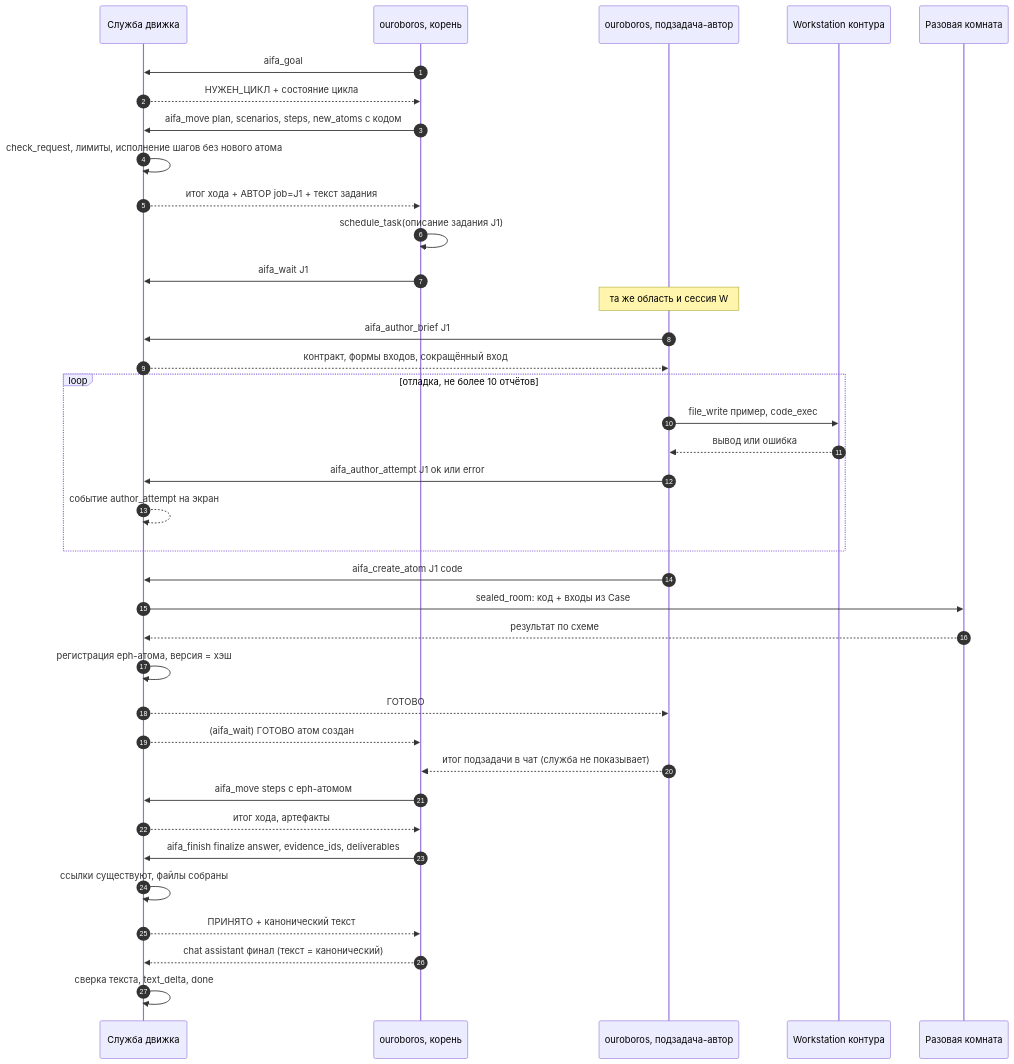
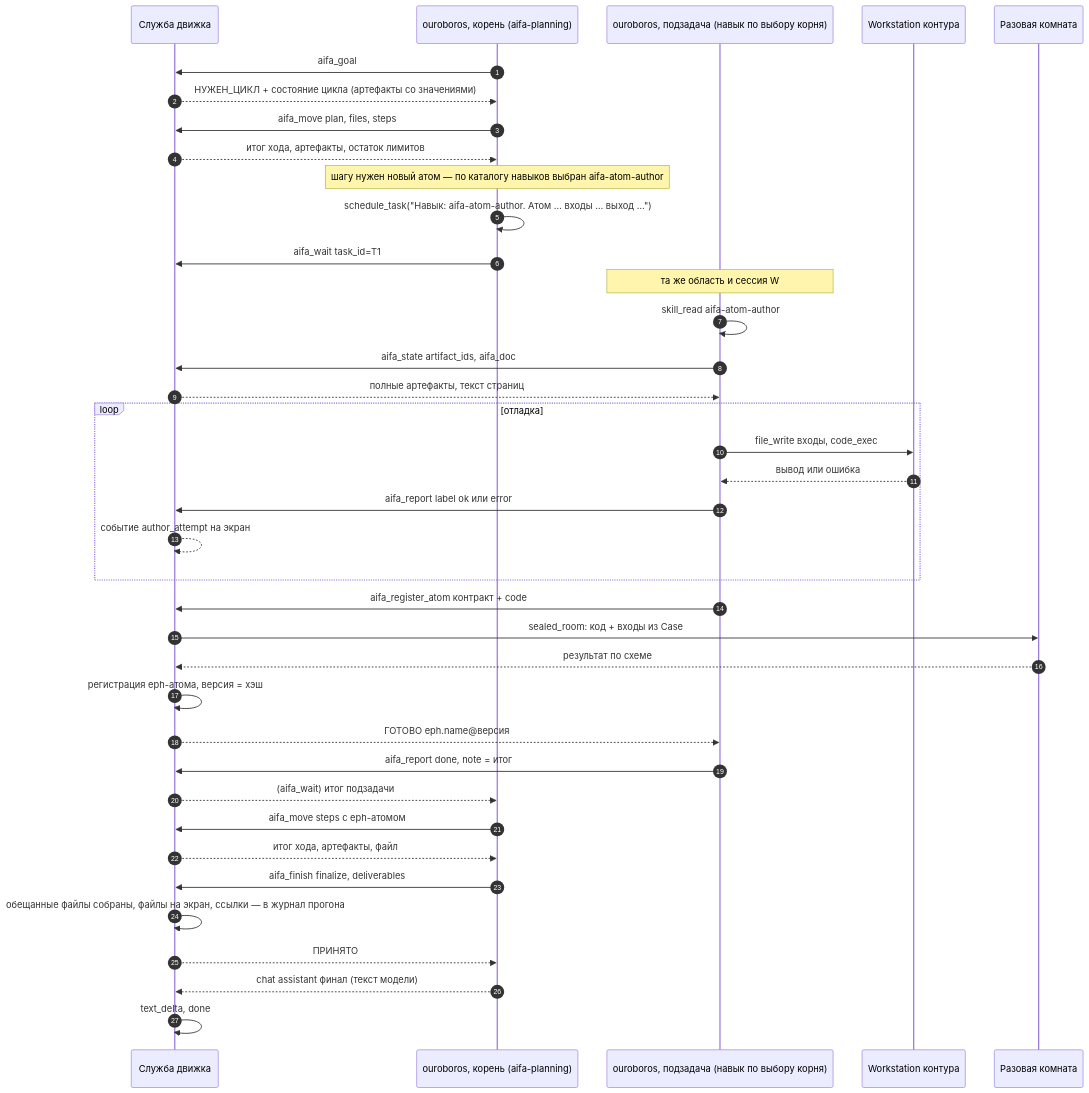
One commit to Rasiksss/ouroboros_external changed the sixth of 6 diagrams in aifa-symbiosis/architecture/ARCHITECTURE.md. Above: the diagram before and after it, drawn with Mermaid. The commit also changed other lines of this file and 33 other files, not shown here.

````diff
--- a/aifa-symbiosis/architecture/ARCHITECTURE.md
+++ b/aifa-symbiosis/architecture/ARCHITECTURE.md
@@ -294,39 +300,40 @@
 ```mermaid
 sequenceDiagram
   autonumber
   participant E as Служба движка
-  participant O as ouroboros, корень
-  participant A as ouroboros, подзадача-автор
+  participant O as ouroboros, корень (aifa-planning)
+  participant A as ouroboros, подзадача (навык по выбору корня)
   participant W as Workstation контура
   participant R as Разовая комната
   O->>E: aifa_goal
-  E-->>O: НУЖЕН_ЦИКЛ + состояние цикла
-  O->>E: aifa_move plan, scenarios, steps, new_atoms с кодом
-  E->>E: check_request, лимиты, исполнение шагов без нового атома
-  E-->>O: итог хода + АВТОР job=J1 + текст задания
-  O->>O: schedule_task(описание задания J1)
-  O->>E: aifa_wait J1
+  E-->>O: НУЖЕН_ЦИКЛ + состояние цикла (артефакты со значениями)
+  O->>E: aifa_move plan, files, steps
+  E-->>O: итог хода, артефакты, остаток лимитов
+  Note over O: шагу нужен новый атом — по каталогу навыков выбран aifa-atom-author
+  O->>O: schedule_task("Навык: aifa-atom-author. Атом … входы … выход …")
+  O->>E: aifa_wait task_id=T1
   Note over A: та же область и сессия W
-  A->>E: aifa_author_brief J1
-  E-->>A: контракт, формы входов, сокращённый вход
-  loop отладка, не более 10 отчётов
-    A->>W: file_write пример, code_exec
+  A->>A: skill_read aifa-atom-author
+  A->>E: aifa_state artifact_ids, aifa_doc
+  E-->>A: полные артефакты, текст страниц
+  loop отладка
+    A->>W: file_write входы, code_exec
     W-->>A: вывод или ошибка
-    A->>E: aifa_author_attempt J1 ok или error
+    A->>E: aifa_report label ok или error
     E-->>E: событие author_attempt на экран
   end
-  A->>E: aifa_create_atom J1 code
+  A->>E: aifa_register_atom контракт + code
   E->>R: sealed_room: код + входы из Case
   R-->>E: результат по схеме
   E->>E: регистрация eph-атома, версия = хэш
-  E-->>A: ГОТОВО
-  E-->>O: (aifa_wait) ГОТОВО атом создан
-  A-->>O: итог подзадачи в чат (служба не показывает)
+  E-->>A: ГОТОВО eph.name@версия
+  A->>E: aifa_report done, note = итог
+  E-->>O: (aifa_wait) итог подзадачи
   O->>E: aifa_move steps с eph-атомом
-  E-->>O: итог хода, артефакты
-  O->>E: aifa_finish finalize answer, evidence_ids, deliverables
-  E->>E: ссылки существуют, файлы собраны
-  E-->>O: ПРИНЯТО + канонический текст
-  O-->>E: chat assistant финал (текст = канонический)
-  E->>E: сверка текста, text_delta, done
+  E-->>O: итог хода, артефакты, файл
+  O->>E: aifa_finish finalize, deliverables
+  E->>E: обещанные файлы собраны, файлы на экран, ссылки — в журнал прогона
+  E-->>O: ПРИНЯТО
+  O-->>E: chat assistant финал (текст модели)
+  E->>E: text_delta, done
 ```
````
